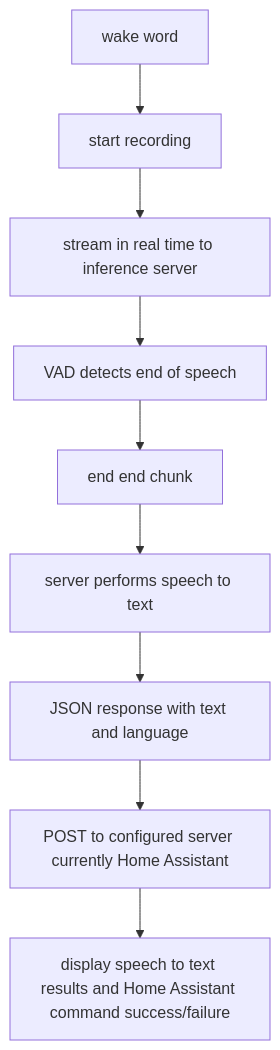
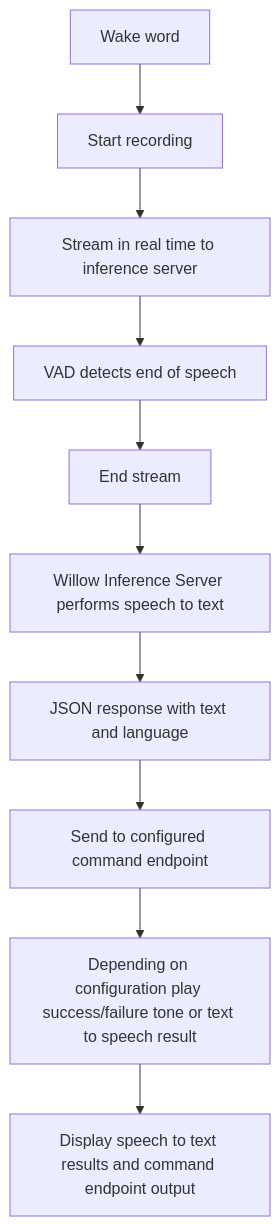
The first of 2 diagrams in docs/how-does-it-work.md (toverainc/willow-docs), drawn with Mermaid before and after one commit. The commit also changed other lines of this file, not shown here.

Commit message:
Update flow diagrams

````diff
--- a/docs/how-does-it-work.md
+++ b/docs/how-does-it-work.md
@@ -39,4 +39,4 @@
 ``` mermaid
 graph TB
-  A[wake word] --> B[start recording] --> C[stream in real time to inference server] --> D[VAD detects end of speech] --> E[end end chunk] --> F[server performs speech to text] --> G[JSON response with text and language] --> H[POST to configured server currently Home Assistant] --> I[display speech to text results and Home Assistant command success/failure]
+  A[Wake word] --> B[Start recording] --> C[Stream in real time to inference server] --> D[VAD detects end of speech] --> E[End stream] --> F[Willow Inference Server performs speech to text] --> G[JSON response with text and language] --> H[Send to configured command endpoint] --> I[Depending on configuration play success/failure tone or text to speech result]  --> J[Display speech to text results and command endpoint output]
 ```
````
